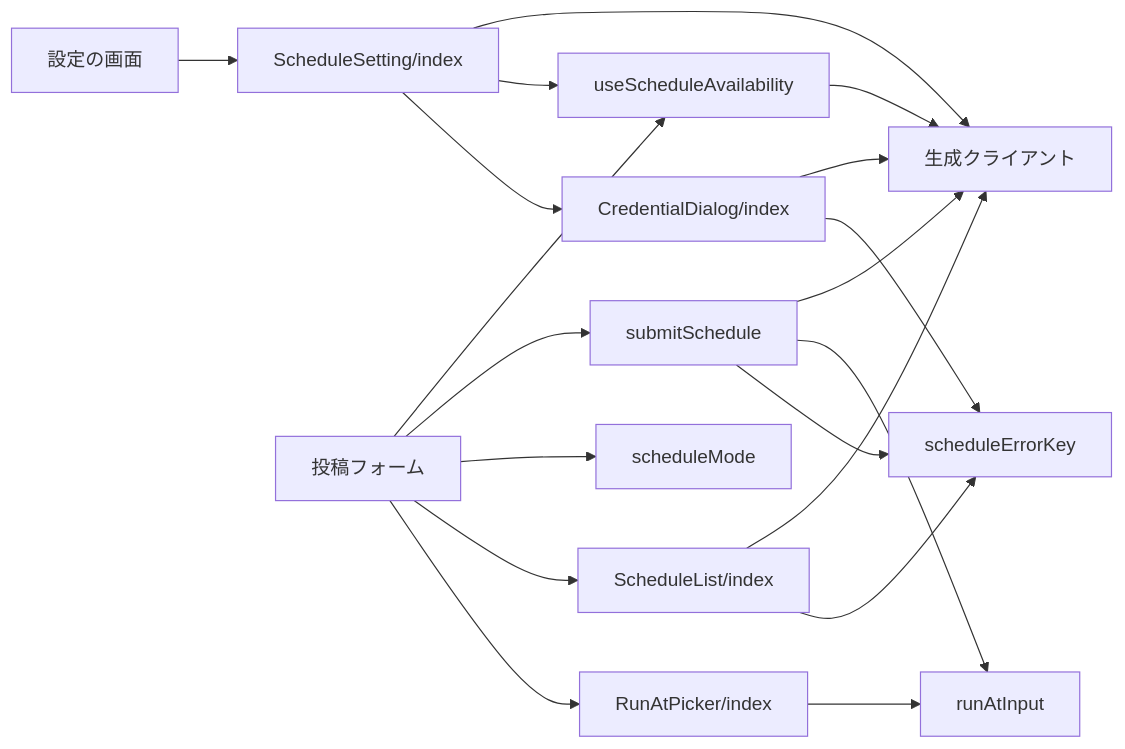
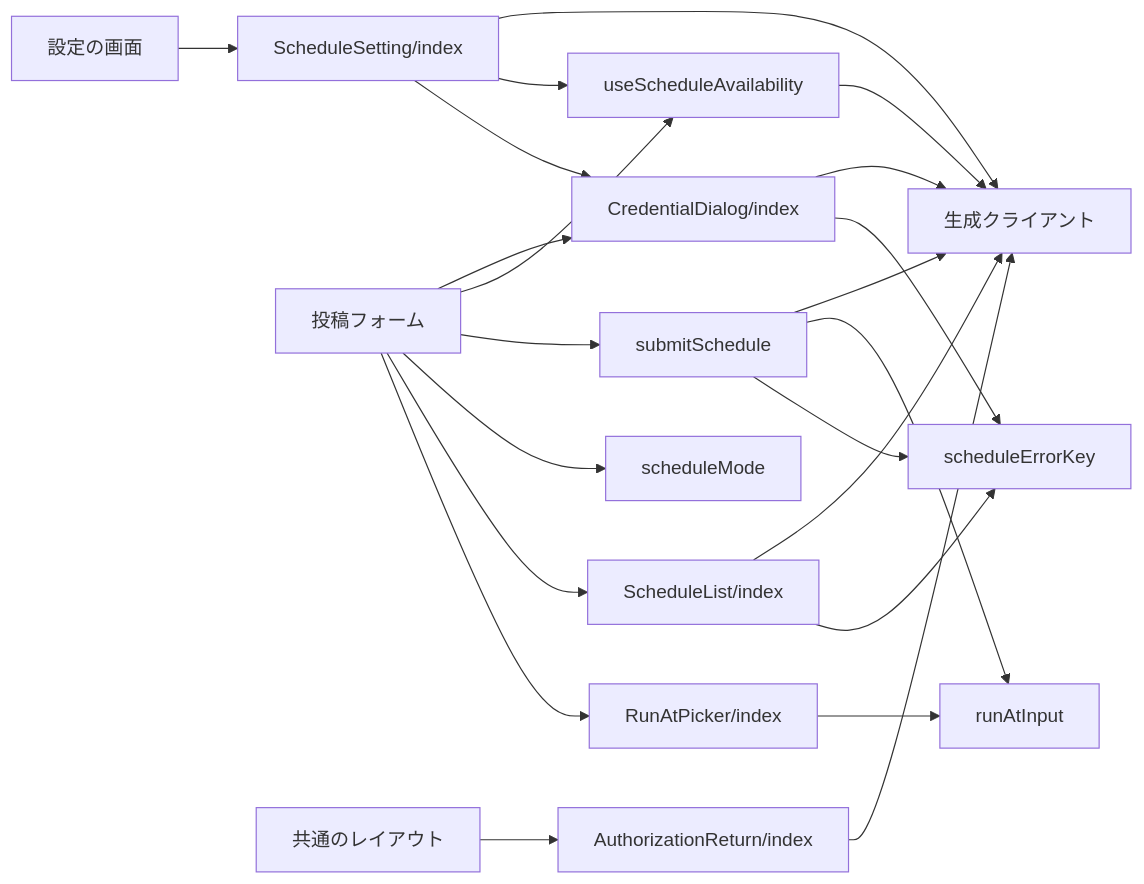
The first of 3 diagrams in specs/schedule-form/design.md (nekono-dev/skyshare), drawn with Mermaid before and after one commit. The commit also changed other lines of this file and 88 other files, not shown here.

````diff
--- a/specs/schedule-form/design.md
+++ b/specs/schedule-form/design.md
@@ -21,21 +22,24 @@
 ```mermaid
 flowchart LR
   ext_settings["設定の画面"] --> ScheduleSetting["ScheduleSetting/index"]
   ScheduleSetting --> CredentialDialog["CredentialDialog/index"]
   ScheduleSetting --> useScheduleAvailability
   ext_composer["投稿フォーム"] --> RunAtPicker["RunAtPicker/index"]
   ext_composer --> ScheduleList["ScheduleList/index"]
   ext_composer --> scheduleMode
   ext_composer --> submitSchedule
   ext_composer --> useScheduleAvailability
   RunAtPicker --> runAtInput
   ScheduleList --> scheduleErrorKey
   CredentialDialog --> scheduleErrorKey
+  ext_composer --> CredentialDialog
+  ext_layout["共通のレイアウト"] --> AuthorizationReturn["AuthorizationReturn/index"]
+  AuthorizationReturn --> ext_client
   submitSchedule --> scheduleErrorKey
   submitSchedule --> runAtInput
   useScheduleAvailability --> ext_client["生成クライアント"]
   submitSchedule --> ext_client
   ScheduleList --> ext_client
   CredentialDialog --> ext_client
   ScheduleSetting --> ext_client
 ```
````
